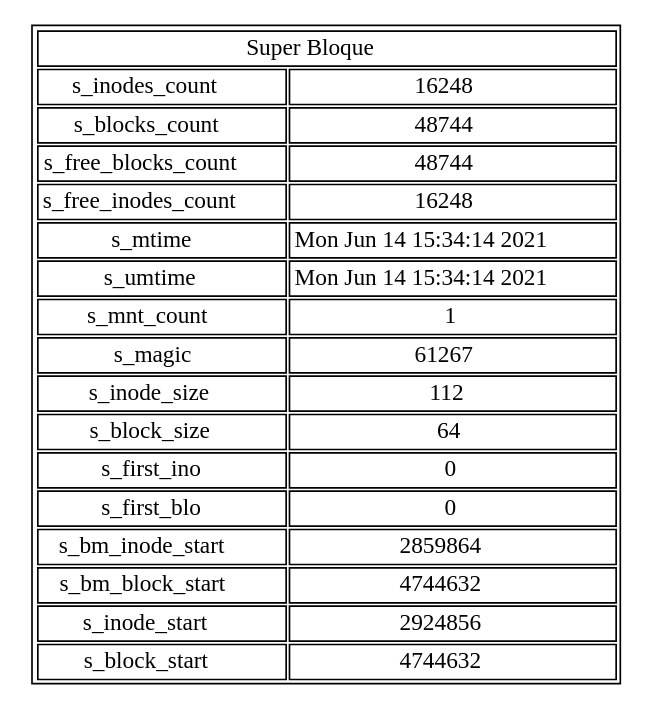
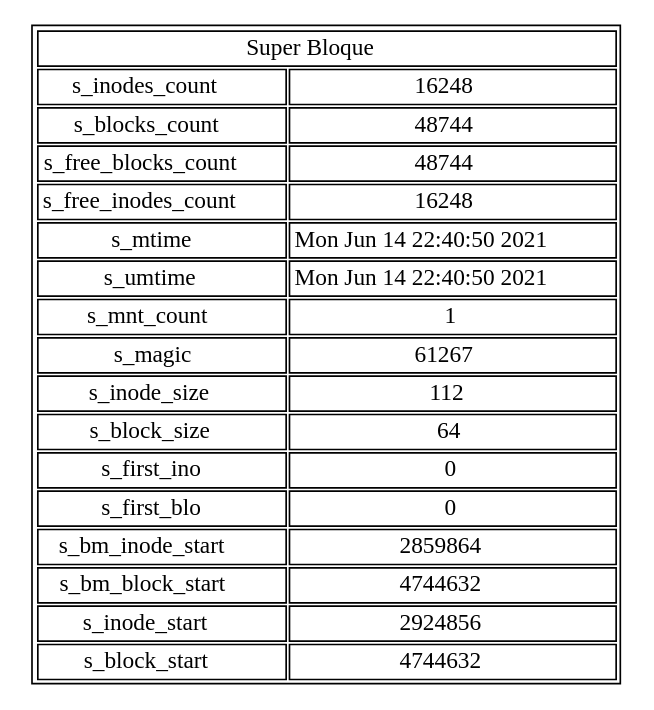
One commit to Audrie8a/MIA_P1_201801263 changed the diagram in sb.dot. Above: the diagram before and after it, drawn with Graphviz. The commit also changed 5 other files, not shown here.

```diff
--- a/sb.dot
+++ b/sb.dot
@@ -1,75 +1,75 @@
 digraph g{
 	     nodo [ shape=plaintext label=<
 	 	        <table border='1' cellborder='1'>
 	 	 	            <tr>
 	 	 	 	               <td colspan="2" >Super Bloque</td>
 	 	 	            </tr>
 	 	 	            <tr>
 	 	 	 	               <td>s_inodes_count</td>
 	 	 	 	               <td>16248</td>
 	 	 	            </tr>
 	 	 	            <tr>
 	 	 	 	               <td>s_blocks_count</td>
 	 	 	 	               <td>48744</td>
 	 	 	            </tr>
 	 	 	            <tr>
 	 	 	 	               <td>s_free_blocks_count</td>
 	 	 	 	               <td>48744</td>
 	 	 	            </tr>
 	 	 	            <tr>
 	 	 	 	                <td>s_free_inodes_count</td>
 	 	 	 	                <td>16248</td>
 	 	 	            </tr>
 	 	 	            <tr>
 	 	 	 	                <td>s_mtime</td>
-	 	 	 	                <td>Mon Jun 14 15:34:14 2021
+	 	 	 	                <td>Mon Jun 14 22:40:50 2021
 </td>
 	 	 	            </tr>
 	 	 	            <tr>
 	 	 	 	                <td>s_umtime</td>
-	 	 	 	                <td>Mon Jun 14 15:34:14 2021
+	 	 	 	                <td>Mon Jun 14 22:40:50 2021
 </td>
 	 	 	            </tr>
 	 	 	            <tr>
 	 	 	 	                <td>s_mnt_count</td>
 	 	 	 	                <td>1</td>
 	 	 	            </tr>
 	 	 	            <tr>
 	 	 	 	                <td>s_magic</td>
 	 	 	 	                <td>61267</td>
 	 	 	            </tr>
 	 	 	            <tr>
 	 	 	 	                <td>s_inode_size</td>
 	 	 	 	                <td>112</td>
 	 	 	            </tr>
 	 	 	            <tr>
 	 	 	 	                <td>s_block_size</td>
 	 	 	 	                <td>64</td>
 	 	 	            </tr>
 	 	 	            <tr>
 	 	 	 	                <td>s_first_ino</td>
 	 	 	 	                <td>0</td>
 	 	 	            </tr>
 	 	 	            <tr>
 	 	 	 	                <td>s_first_blo</td>
 	 	 	 	                <td>0</td>
 	 	 	            </tr>
 	 	 	            <tr>
 	 	 	 	                <td>s_bm_inode_start</td>
 	 	 	 	                <td>2859864</td>
 	 	 	            </tr>
 	 	 	            <tr>
 	 	 	 	                <td>s_bm_block_start</td>
 	 	 	 	                <td>4744632</td>
 	 	 	            </tr>
 	 	 	            <tr>
 	 	 	 	                <td>s_inode_start</td>
 	 	 	 	                <td>2924856</td>
 	 	 	            </tr>
 	 	 	            <tr>
 	 	 	 	                <td>s_block_start</td>
 	 	 	 	                <td>4744632</td>
 	 	 	            </tr>
 	 	        </table>
 	     >];
 }
```
